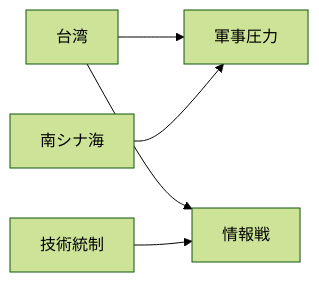
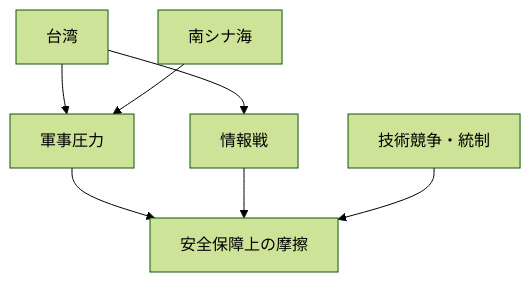
The fourth of 4 diagrams in articles/report/china-geopolitical-profile/ja/index.mdx (daylight55/research), drawn with Mermaid (forest theme) before and after one commit. The commit also changed other lines of this file and 181 other files, not shown here.

First line of the commit message:
全記事の図解368点を再生成し、共通注意書きを削除 (#402)

````diff
--- a/articles/report/china-geopolitical-profile/ja/index.mdx
+++ b/articles/report/china-geopolitical-profile/ja/index.mdx
@@ -113,7 +131,17 @@
 ```mermaid
-flowchart LR
-  A["台湾"] --> B["軍事圧力"]
-  A --> C["情報戦"]
-  D["南シナ海"] --> B
-  E["技術統制"] --> C
+flowchart TD
+  accTitle: 台湾・南シナ海・技術競争の圧力経路
+  accDescr: 軍事、情報、技術の経路を区別し、すべてを同じ種類の圧力として扱わない。
+  N0["台湾"]
+  N1["軍事圧力"]
+  N2["情報戦"]
+  N3["南シナ海"]
+  N4["技術競争・統制"]
+  N5["安全保障上の摩擦"]
+  N0 --> N1
+  N0 --> N2
+  N3 --> N1
+  N1 --> N5
+  N2 --> N5
+  N4 --> N5
 ```
````
